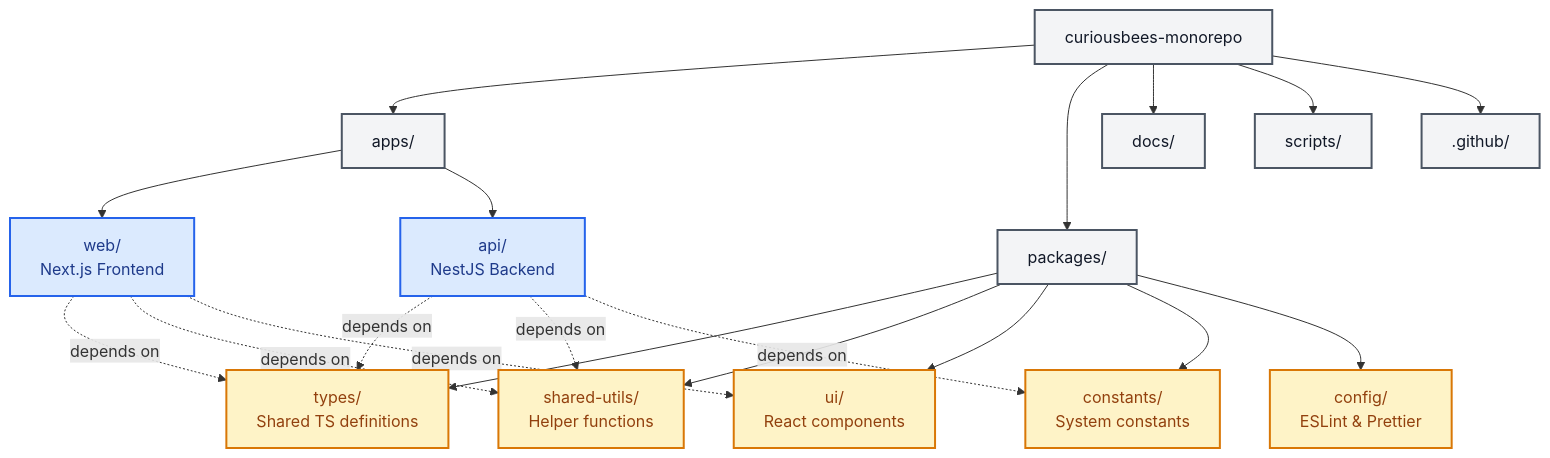
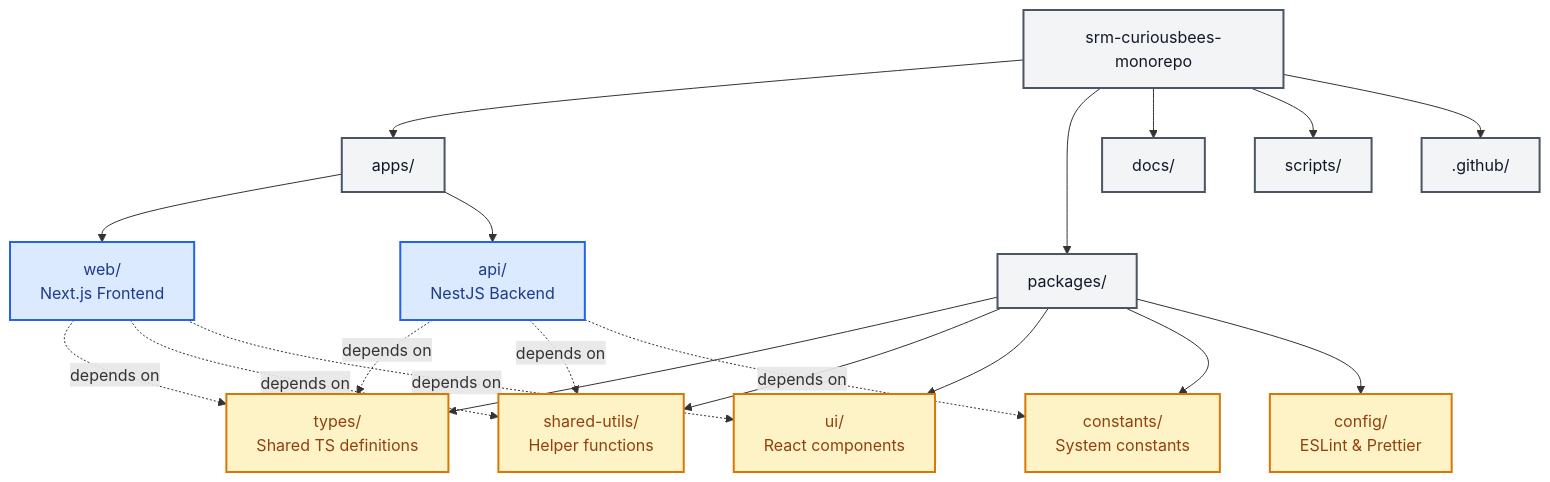
One commit to sudeshsudhii/SRM-CuriousBees changed the diagram in docs/architecture/file-structure.md. Above: the diagram before and after it, drawn with Mermaid. The commit also changed 156 other files, not shown here.

````diff
--- a/docs/architecture/file-structure.md
+++ b/docs/architecture/file-structure.md
@@ -1,56 +1,56 @@
 ```mermaid
 graph TD
     %% Root
-    Root[curiousbees-monorepo]
+    Root[srm-curiousbees-monorepo]
     
     %% Apps
     Apps[apps/]
     AppWeb[web/ <br/> Next.js Frontend]
     AppApi[api/ <br/> NestJS Backend]
     
     %% Packages
     Packages[packages/]
     PkgTypes[types/ <br/> Shared TS definitions]
     PkgUtils[shared-utils/ <br/> Helper functions]
     PkgUI[ui/ <br/> React components]
     PkgConst[constants/ <br/> System constants]
     PkgConfig[config/ <br/> ESLint & Prettier]
     
     %% Others
     Docs[docs/]
     Scripts[scripts/]
     Github[.github/]
     
     %% Connections
     Root --> Apps
     Apps --> AppWeb
     Apps --> AppApi
     
     Root --> Packages
     Packages --> PkgTypes
     Packages --> PkgUtils
     Packages --> PkgUI
     Packages --> PkgConst
     Packages --> PkgConfig
     
     Root --> Docs
     Root --> Scripts
     Root --> Github
     
     %% Dependencies
     AppWeb -. depends on .-> PkgTypes
     AppWeb -. depends on .-> PkgUtils
     AppWeb -. depends on .-> PkgUI
     AppApi -. depends on .-> PkgTypes
     AppApi -. depends on .-> PkgUtils
     AppApi -. depends on .-> PkgConst
 
     %% Styling
     classDef folder fill:#F3F4F6,stroke:#4B5563,stroke-width:2px,color:#111827;
     classDef app fill:#DBEAFE,stroke:#2563EB,stroke-width:2px,color:#1E3A8A;
     classDef package fill:#FEF3C7,stroke:#D97706,stroke-width:2px,color:#92400E;
     
     class Root,Apps,Packages,Docs,Scripts,Github folder;
     class AppWeb,AppApi app;
     class PkgTypes,PkgUtils,PkgUI,PkgConst,PkgConfig package;
 ```
````
